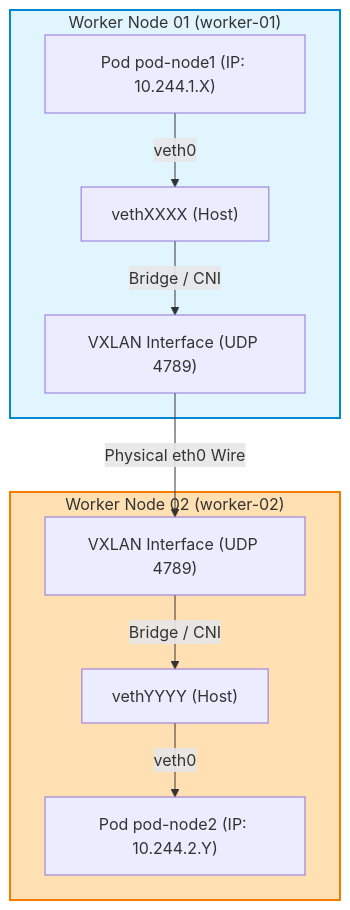
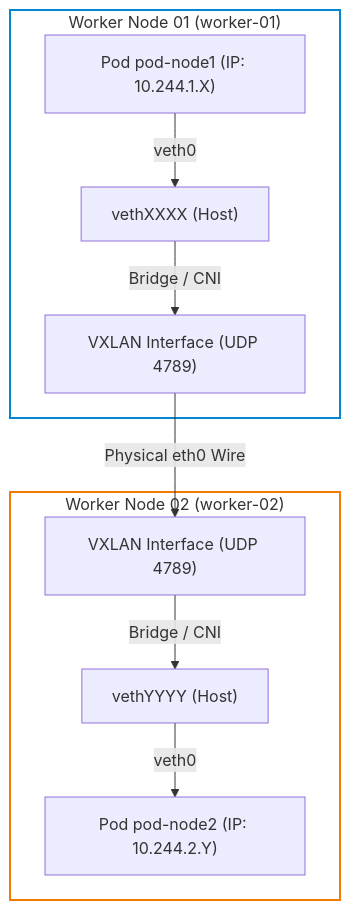
Before and after one commit to kiennt308/ntk: the third of 3 diagrams in _posts/2026-09-12-cka-21-21-mo-hinh-mang-va-cni.md, drawn with Mermaid. The commit also changed other lines of this file and 207 other files, not shown here.

Commit message:
feat(posts): batch standardize all 208 posts with TL;DR, qa-card accordion, fill:none mermaid, and liquid raw wrappers

````diff
--- a/_posts/2026-09-12-cka-21-21-mo-hinh-mang-va-cni.md
+++ b/_posts/2026-09-12-cka-21-21-mo-hinh-mang-va-cni.md
@@ -488,17 +492,17 @@
 ```mermaid
 graph TD
     subgraph Node1 ["Worker Node 01 (worker-01)"]
         POD1["Pod pod-node1 (IP: 10.244.1.X)"] -->|veth0| VETH1["vethXXXX (Host)"]
         VETH1 -->|Bridge / CNI| TUN1["VXLAN Interface (UDP 4789)"]
     end
 
     subgraph Node2 ["Worker Node 02 (worker-02)"]
         TUN2["VXLAN Interface (UDP 4789)"] -->|Bridge / CNI| VETH2["vethYYYY (Host)"]
         VETH2 -->|veth0| POD2["Pod pod-node2 (IP: 10.244.2.Y)"]
     end
 
     TUN1 -->|Physical eth0 Wire| TUN2
 
-    style Node1 fill:#e1f5fe,stroke:#0288d1,stroke-width:2px
-    style Node2 fill:#ffe0b2,stroke:#f57c00,stroke-width:2px
+    style Node1 fill:none,stroke:#0288d1,stroke-width:2px
+    style Node2 fill:none,stroke:#f57c00,stroke-width:2px
 ```
````
